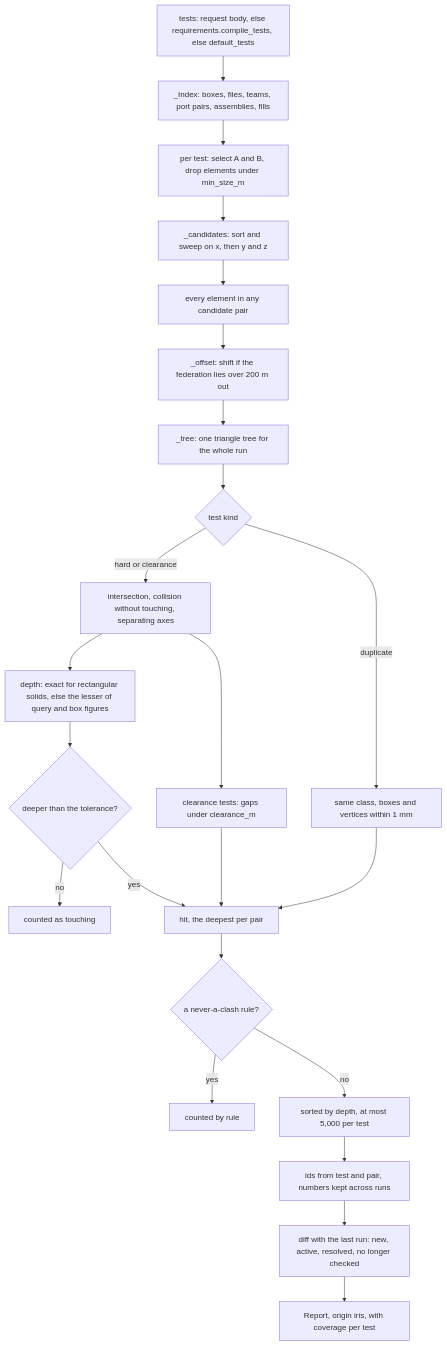
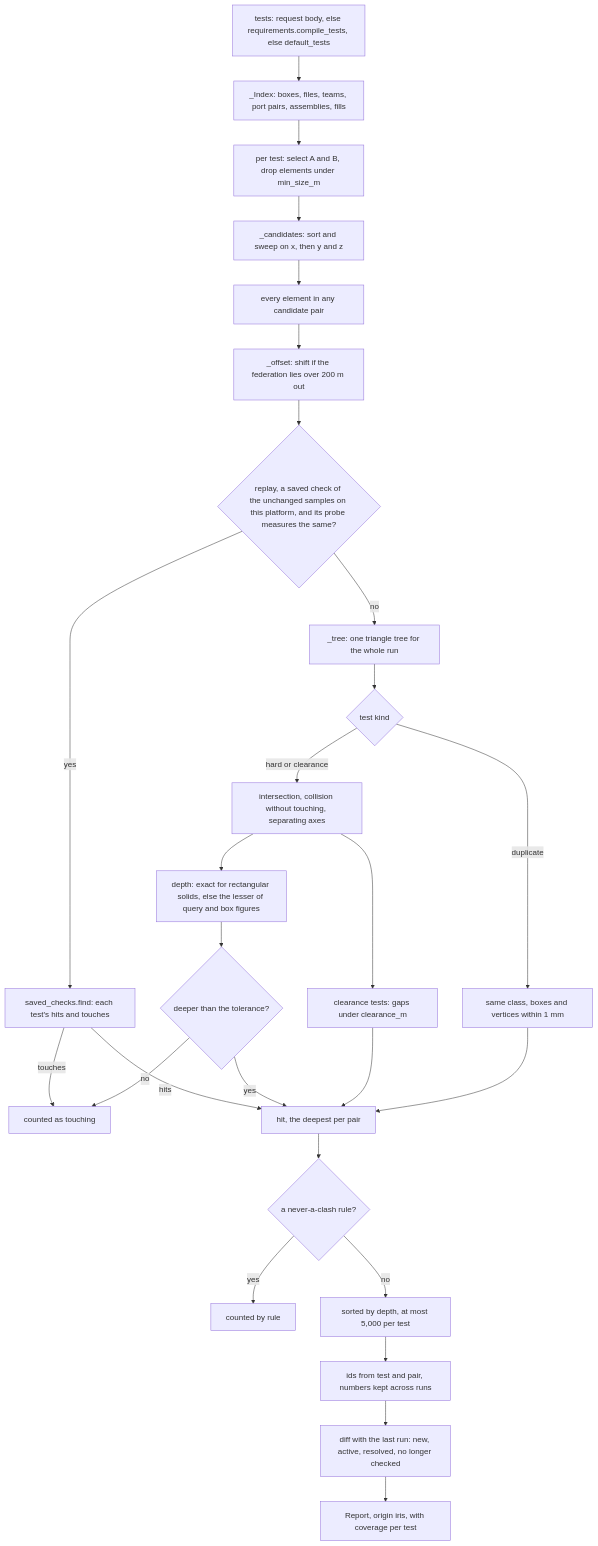
The third of 3 diagrams in docs/architecture/06-geometry-and-detection.md (Saravana-Rajan/IRIS), drawn with Mermaid before and after one commit. The commit also changed other lines of this file and 21 other files, not shown here.

````diff
--- a/docs/architecture/06-geometry-and-detection.md
+++ b/docs/architecture/06-geometry-and-detection.md
@@ -318,25 +328,29 @@
 ```mermaid
 flowchart TD
     tests["tests: request body, else requirements.compile_tests, else default_tests"] --> index["_Index: boxes, files, teams, port pairs, assemblies, fills"]
     index --> select["per test: select A and B, drop elements under min_size_m"]
     select --> sweep["_candidates: sort and sweep on x, then y and z"]
     sweep --> union["every element in any candidate pair"]
     union --> shift["_offset: shift if the federation lies over 200 m out"]
-    shift --> tree["_tree: one triangle tree for the whole run"]
+    shift --> replay{"replay, a saved check of the unchanged samples on this platform, and its probe measures the same?"}
+    replay -->|"yes"| saved["saved_checks.find: each test's hits and touches"]
+    saved -->|"touches"| touching
+    saved -->|"hits"| hit
+    replay -->|"no"| tree["_tree: one triangle tree for the whole run"]
     tree --> kind{"test kind"}
     kind -->|duplicate| dup["same class, boxes and vertices within 1 mm"]
     kind -->|"hard or clearance"| meas["intersection, collision without touching, separating axes"]
     meas --> judge["depth: exact for rectangular solids, else the lesser of query and box figures"]
     judge --> deep{"deeper than the tolerance?"}
     deep -->|no| touching["counted as touching"]
     deep -->|yes| hit["hit, the deepest per pair"]
     meas --> gaps["clearance tests: gaps under clearance_m"]
     gaps --> hit
     dup --> hit
     hit --> rule{"a never-a-clash rule?"}
     rule -->|yes| excluded["counted by rule"]
     rule -->|no| found["sorted by depth, at most 5,000 per test"]
     found --> ids["ids from test and pair, numbers kept across runs"]
     ids --> diff["diff with the last run: new, active, resolved, no longer checked"]
     diff --> report["Report, origin iris, with coverage per test"]
 ```
````
